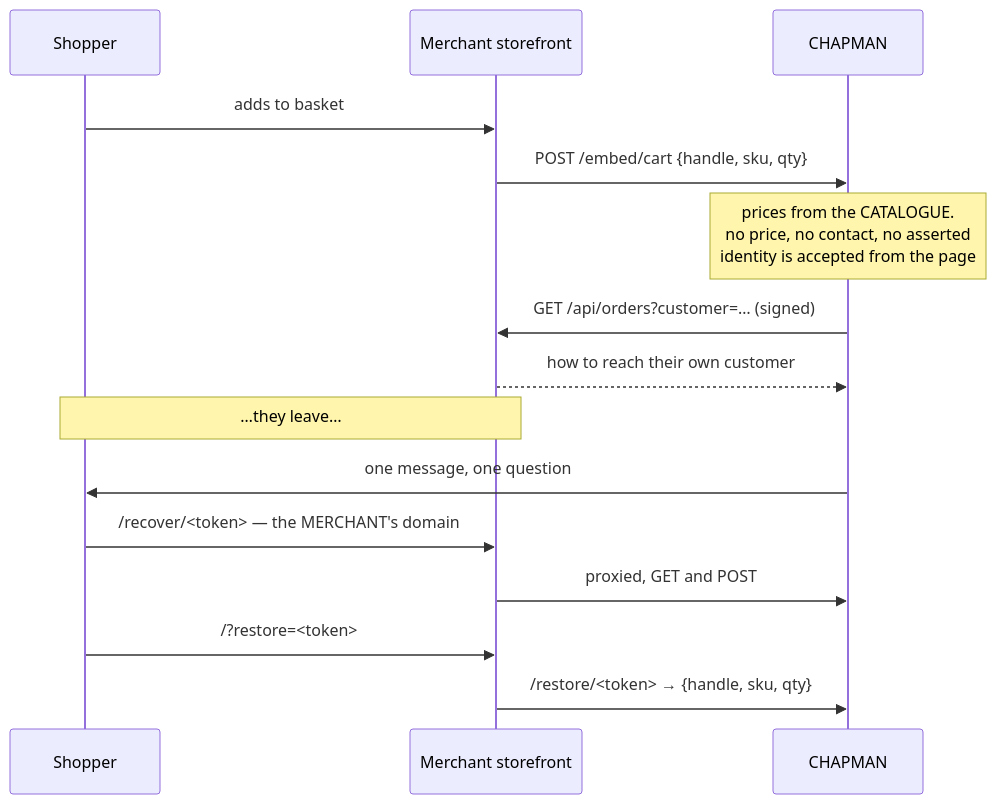
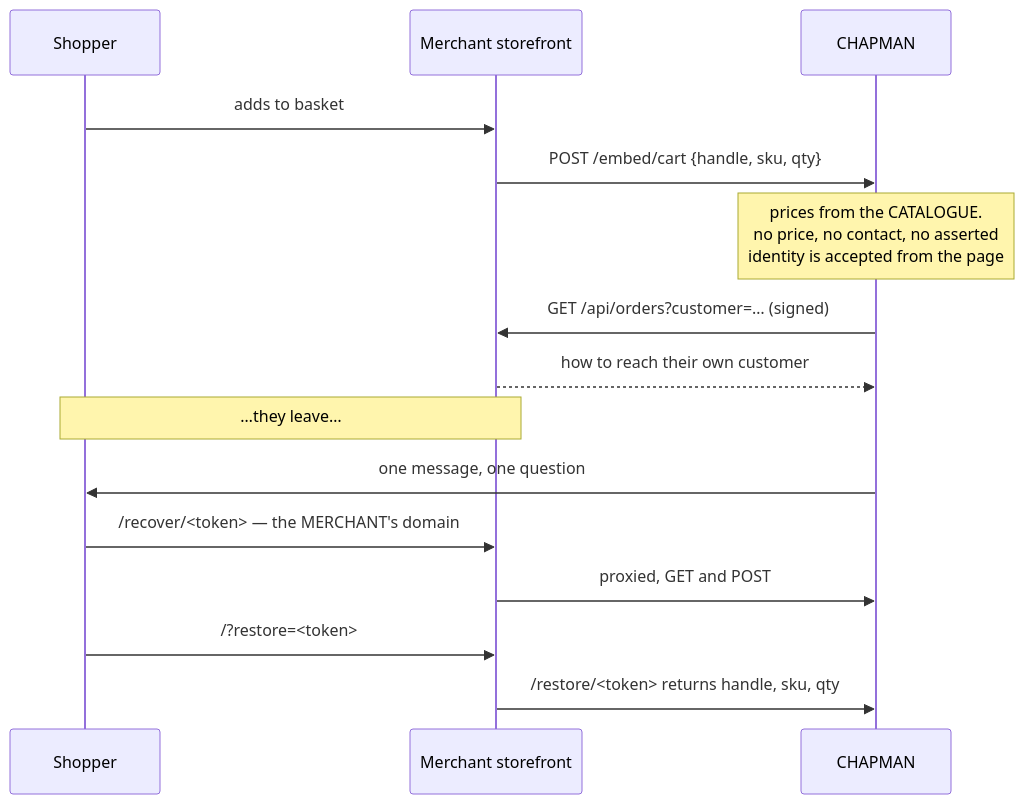
One commit to supersanchayrx/RazorPay-Buildathon changed the ninth of 21 diagrams in docs/architecture.md. Above: the diagram before and after it, drawn with Mermaid. The commit also changed other lines of this file and 3238 other files, not shown here.

````diff
--- a/docs/architecture.md
+++ b/docs/architecture.md
@@ -508,17 +505,17 @@
 ```mermaid
 sequenceDiagram
     participant S as Shopper
     participant M as Merchant storefront
     participant C as CHAPMAN
     S->>M: adds to basket
     M->>C: POST /embed/cart {handle, sku, qty}
     Note over C: prices from the CATALOGUE.<br/>no price, no contact, no asserted<br/>identity is accepted from the page
     C->>M: GET /api/orders?customer=… (signed)
     M-->>C: how to reach their own customer
     Note over S,M: …they leave…
     C->>S: one message, one question
     S->>M: /recover/<token> — the MERCHANT's domain
     M->>C: proxied, GET and POST
     S->>M: /?restore=<token>
-    M->>C: /restore/<token> → {handle, sku, qty}
+    M->>C: /restore/<token> returns handle, sku, qty
 ```
````
